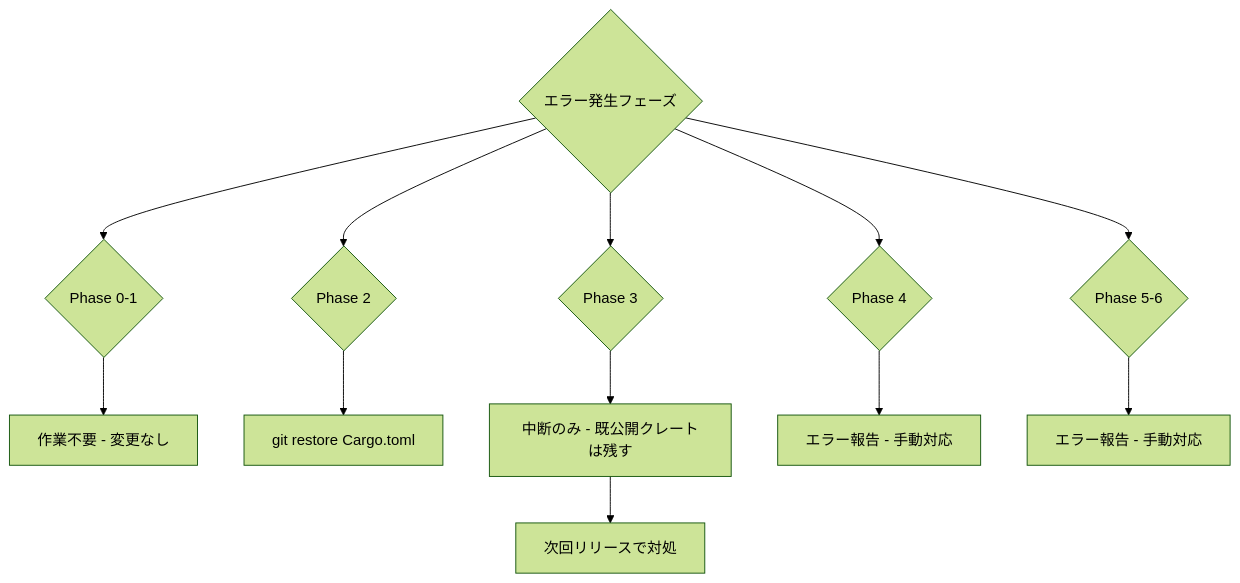
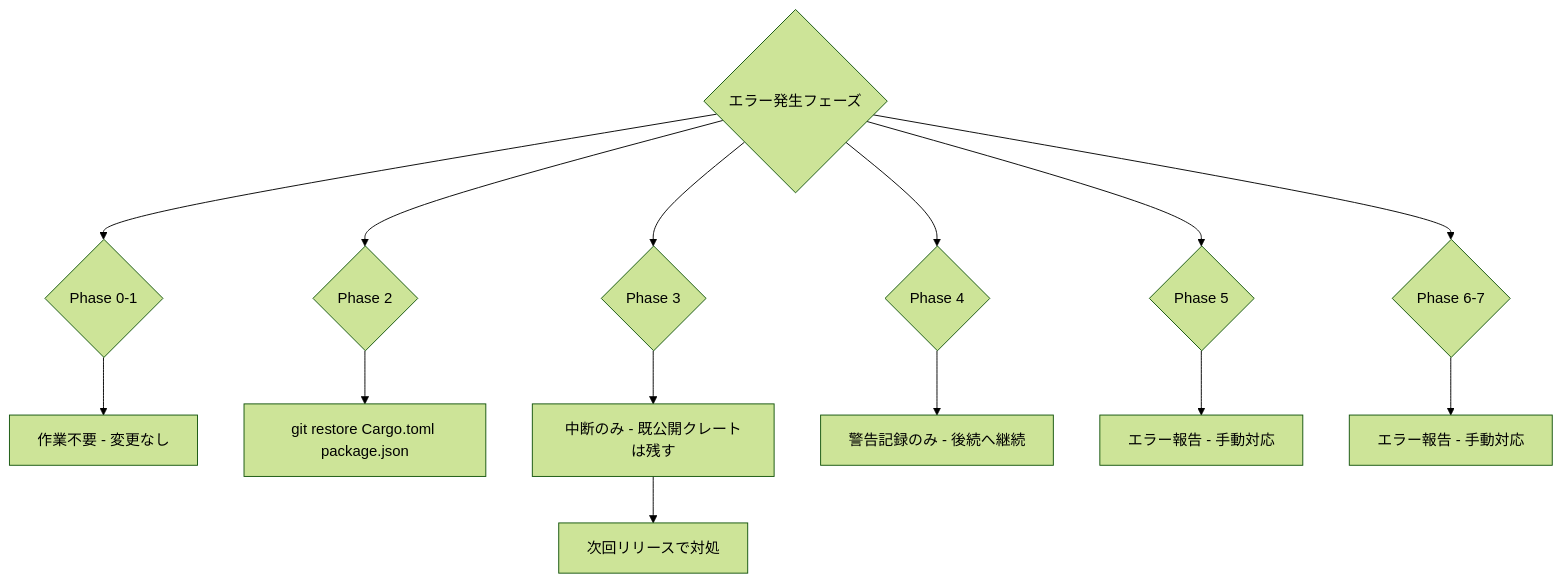
Before and after one commit to ekicyou/pasta: the third of 3 diagrams in .kiro/specs/release-workflow/design.md, drawn with Mermaid (forest theme). The commit also changed other lines of this file and 3 other files, not shown here.

First line of the commit message:
spec(release-workflow): update to kiro SDD format with full task graph

````diff
--- a/.kiro/specs/release-workflow/design.md
+++ b/.kiro/specs/release-workflow/design.md
@@ -252,15 +307,17 @@
 ```mermaid
 flowchart TD
     A{エラー発生フェーズ} --> B{Phase 0-1}
     A --> C{Phase 2}
     A --> D{Phase 3}
     A --> E{Phase 4}
-    A --> F{Phase 5-6}
+    A --> F{Phase 5}
+    A --> G{Phase 6-7}
 
     B --> B1[作業不要 - 変更なし]
-    C --> C1[git restore Cargo.toml]
+    C --> C1[git restore Cargo.toml package.json]
     D --> D1[中断のみ - 既公開クレートは残す]
     D1 --> D2[次回リリースで対処]
-    E --> E1[エラー報告 - 手動対応]
+    E --> E1[警告記録のみ - 後続へ継続]
     F --> F1[エラー報告 - 手動対応]
+    G --> G1[エラー報告 - 手動対応]
 ```
````
